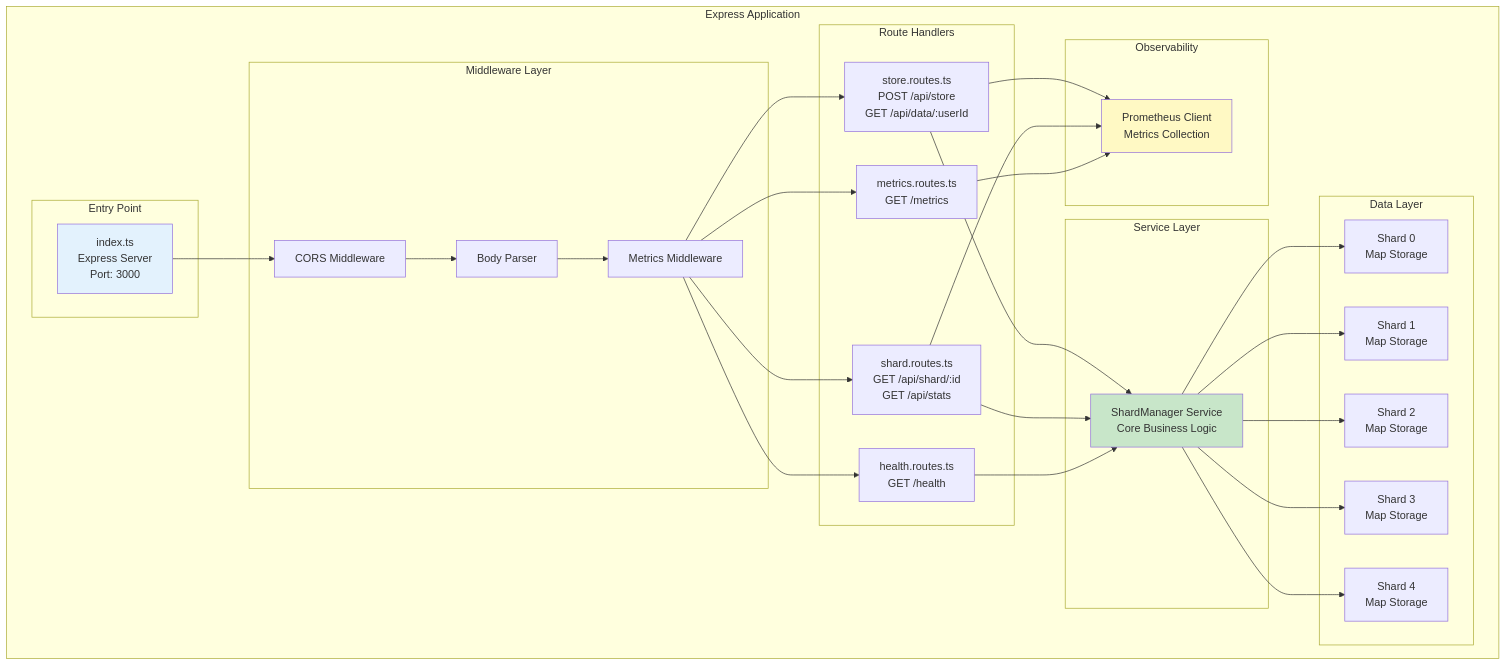
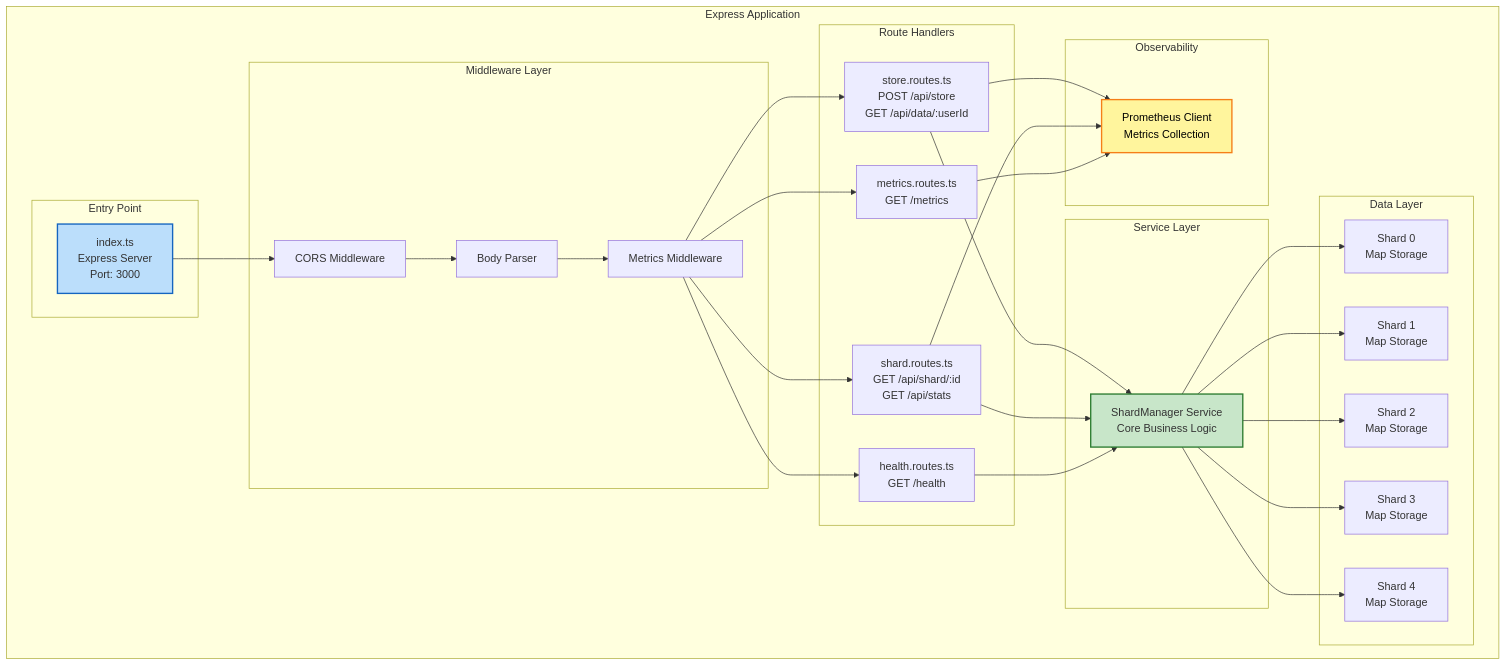
The second of 10 diagrams in ARCHITECTURE.md (Demilade01/sharded-data-service), drawn with Mermaid before and after one commit. The commit also changed other lines of this file, not shown here.

````diff
--- a/ARCHITECTURE.md
+++ b/ARCHITECTURE.md
@@ -71,63 +71,63 @@
 ```mermaid
 graph TB
     subgraph "Express Application"
         subgraph "Entry Point"
             Main[index.ts<br/>Express Server<br/>Port: 3000]
         end
 
         subgraph "Middleware Layer"
             CORS[CORS Middleware]
             JSON[Body Parser]
             Metrics[Metrics Middleware]
         end
 
         subgraph "Route Handlers"
             StoreRoute[store.routes.ts<br/>POST /api/store<br/>GET /api/data/:userId]
             ShardRoute[shard.routes.ts<br/>GET /api/shard/:id<br/>GET /api/stats]
             MetricsRoute[metrics.routes.ts<br/>GET /metrics]
             HealthRoute[health.routes.ts<br/>GET /health]
         end
 
         subgraph "Service Layer"
             ShardMgr[ShardManager Service<br/>Core Business Logic]
         end
 
         subgraph "Data Layer"
             Shard0[Shard 0<br/>Map Storage]
             Shard1[Shard 1<br/>Map Storage]
             Shard2[Shard 2<br/>Map Storage]
             Shard3[Shard 3<br/>Map Storage]
             Shard4[Shard 4<br/>Map Storage]
         end
 
         subgraph "Observability"
             PromClient[Prometheus Client<br/>Metrics Collection]
         end
     end
 
     Main --> CORS
     CORS --> JSON
     JSON --> Metrics
     Metrics --> StoreRoute
     Metrics --> ShardRoute
     Metrics --> MetricsRoute
     Metrics --> HealthRoute
 
     StoreRoute --> ShardMgr
     ShardRoute --> ShardMgr
     HealthRoute --> ShardMgr
 
     ShardMgr --> Shard0
     ShardMgr --> Shard1
     ShardMgr --> Shard2
     ShardMgr --> Shard3
     ShardMgr --> Shard4
 
     StoreRoute --> PromClient
     ShardRoute --> PromClient
     MetricsRoute --> PromClient
 
-    style Main fill:#e3f2fd
-    style ShardMgr fill:#c8e6c9
-    style PromClient fill:#fff9c4
+    style Main fill:#bbdefb,stroke:#1565c0,stroke-width:2px
+    style ShardMgr fill:#c8e6c9,stroke:#2e7d32,stroke-width:2px
+    style PromClient fill:#fff59d,stroke:#f57f17,stroke-width:2px,color:#000
 ```
````
